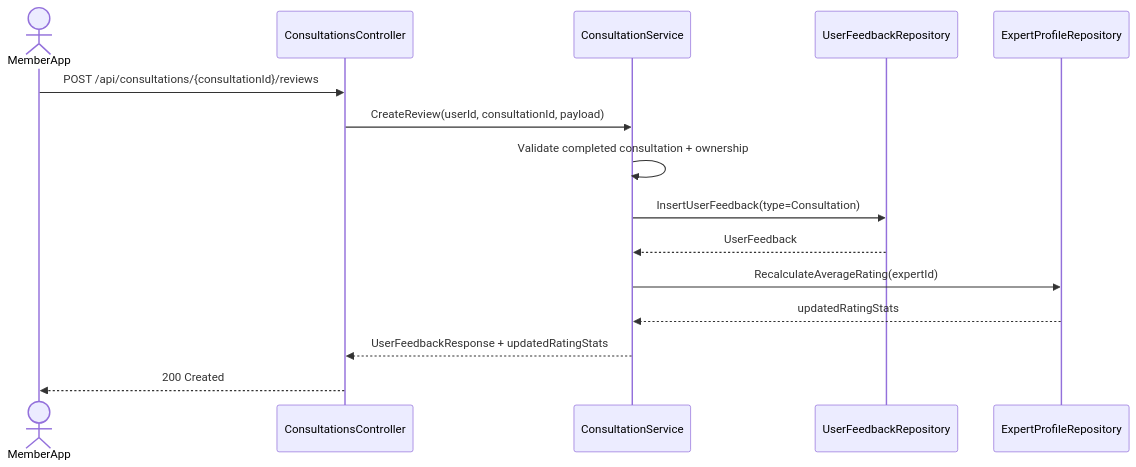
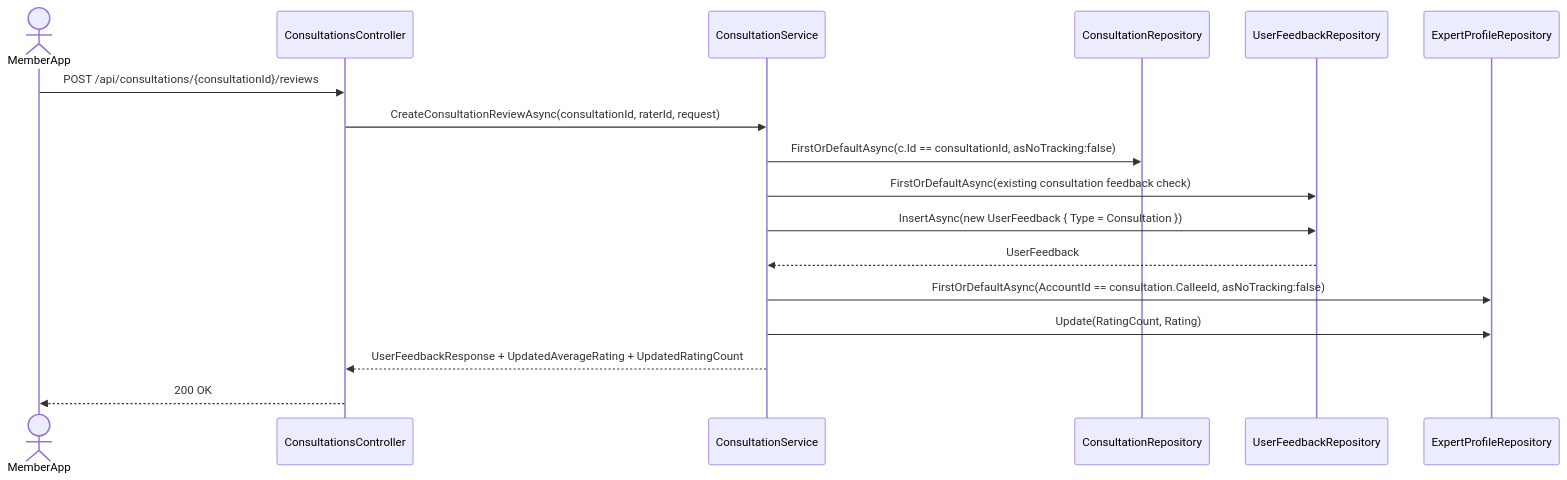
The eighth of 8 diagrams in Docs/11-SoftwareDocument/Report 5/SnakeAid Report4_Software Design Document.docx.md (Snake-AID/SnakeAid.Docs), drawn with Mermaid before and after one commit. The commit also changed other lines of this file, not shown here.

Commit message:
docs(software-design): refine sequence diagrams and update method names for clarity and consistency

````diff
--- a/Docs/11-SoftwareDocument/Report 5/SnakeAid Report4_Software Design Document.docx.md
+++ b/Docs/11-SoftwareDocument/Report 5/SnakeAid Report4_Software Design Document.docx.md
@@ -780,18 +849,20 @@
 ```mermaid
 sequenceDiagram
     actor MemberApp
     participant ConsultationsController
     participant ConsultationService
+    participant ConsultationRepository
     participant UserFeedbackRepository
     participant ExpertProfileRepository
 
     MemberApp->>ConsultationsController: POST /api/consultations/{consultationId}/reviews
-    ConsultationsController->>ConsultationService: CreateReview(userId, consultationId, payload)
-    ConsultationService->>ConsultationService: Validate completed consultation + ownership
-    ConsultationService->>UserFeedbackRepository: InsertUserFeedback(type=Consultation)
+    ConsultationsController->>ConsultationService: CreateConsultationReviewAsync(consultationId, raterId, request)
+    ConsultationService->>ConsultationRepository: FirstOrDefaultAsync(c.Id == consultationId, asNoTracking:false)
+    ConsultationService->>UserFeedbackRepository: FirstOrDefaultAsync(existing consultation feedback check)
+    ConsultationService->>UserFeedbackRepository: InsertAsync(new UserFeedback { Type = Consultation })
     UserFeedbackRepository-->>ConsultationService: UserFeedback
-    ConsultationService->>ExpertProfileRepository: RecalculateAverageRating(expertId)
-    ExpertProfileRepository-->>ConsultationService: updatedRatingStats
-    ConsultationService-->>ConsultationsController: UserFeedbackResponse + updatedRatingStats
-    ConsultationsController-->>MemberApp: 200 Created
+    ConsultationService->>ExpertProfileRepository: FirstOrDefaultAsync(AccountId == consultation.CalleeId, asNoTracking:false)
+    ConsultationService->>ExpertProfileRepository: Update(RatingCount, Rating)
+    ConsultationService-->>ConsultationsController: UserFeedbackResponse + UpdatedAverageRating + UpdatedRatingCount
+    ConsultationsController-->>MemberApp: 200 OK
 ```
````
